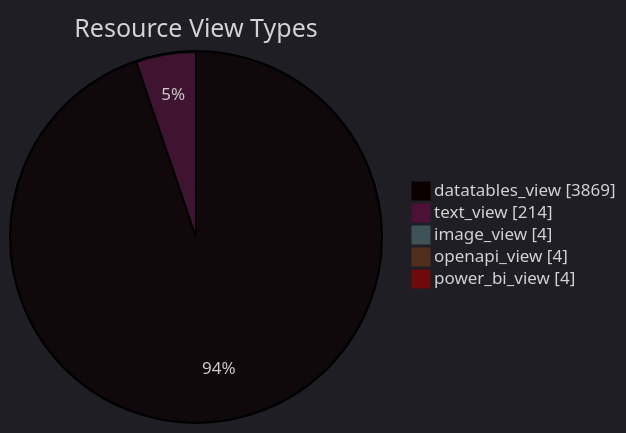
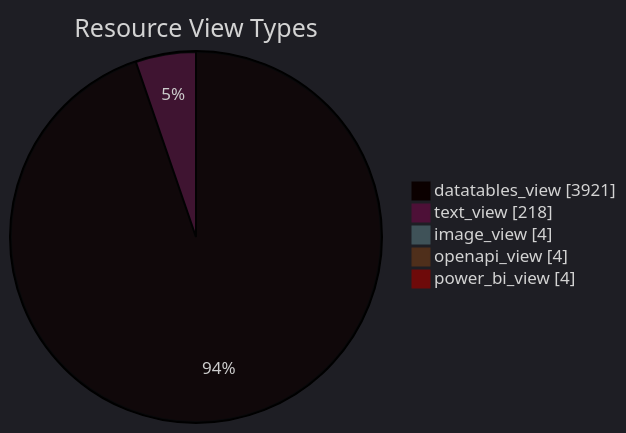
The diagram in datastore_tracker/resource_view_types_pie_chart.md (open-data/analytics-corporate-reporting), drawn with Mermaid before and after one commit. The commit also changed 12 other files, not shown here.

````diff
--- a/datastore_tracker/resource_view_types_pie_chart.md
+++ b/datastore_tracker/resource_view_types_pie_chart.md
@@ -2,12 +2,12 @@
 ```mermaid
 ---
 config:
   theme: dark
 ---
 pie showData title Resource View Types
-    "datatables_view": 3869
-    "text_view": 214
+    "datatables_view": 3921
+    "text_view": 218
     "image_view": 4
     "openapi_view": 4
     "power_bi_view": 4
 ```
````
